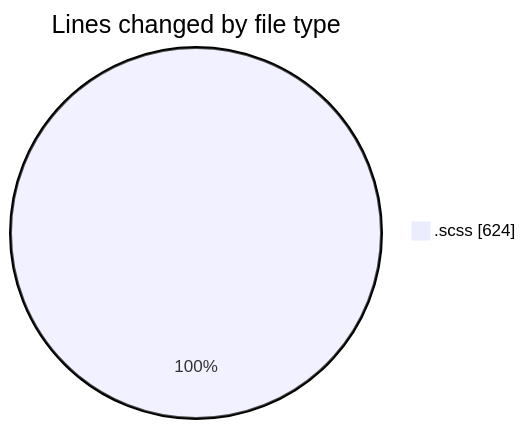
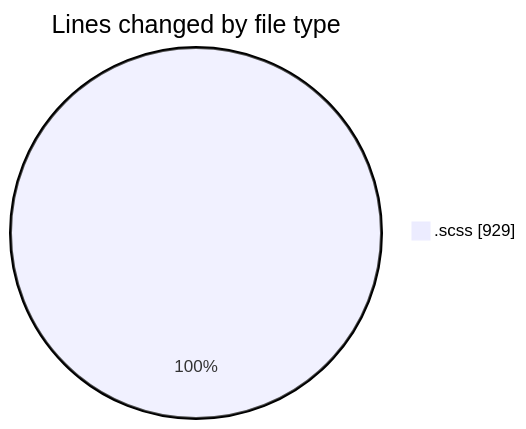
One commit to momahboobian/code-tracking changed the first of 2 diagrams in 2026-01-21/cda/README.md. Above: the diagram before and after it, drawn with Mermaid. The commit also changed other lines of this file and 1 other file, not shown here.

````diff
--- a/2026-01-21/cda/README.md
+++ b/2026-01-21/cda/README.md
@@ -22,5 +23,5 @@
 ```mermaid
 pie showData
 title Lines changed by file type
-".scss" : 624
+".scss" : 929
 ```
````
